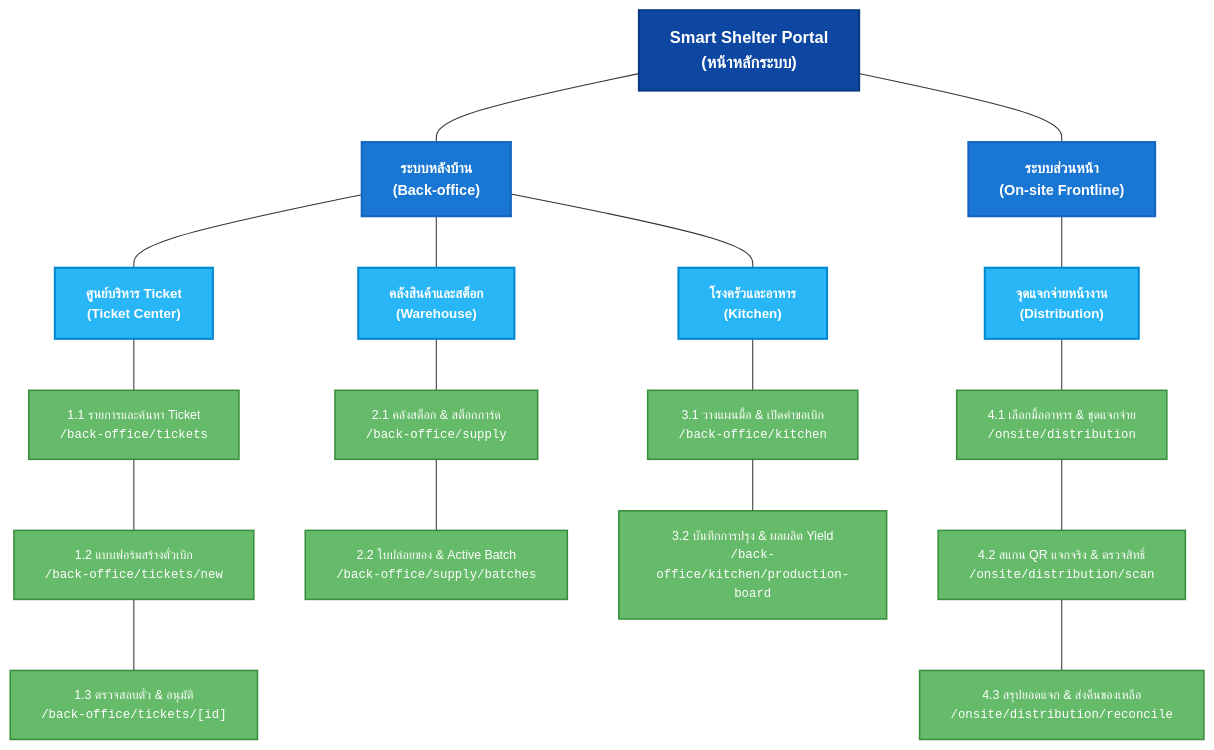
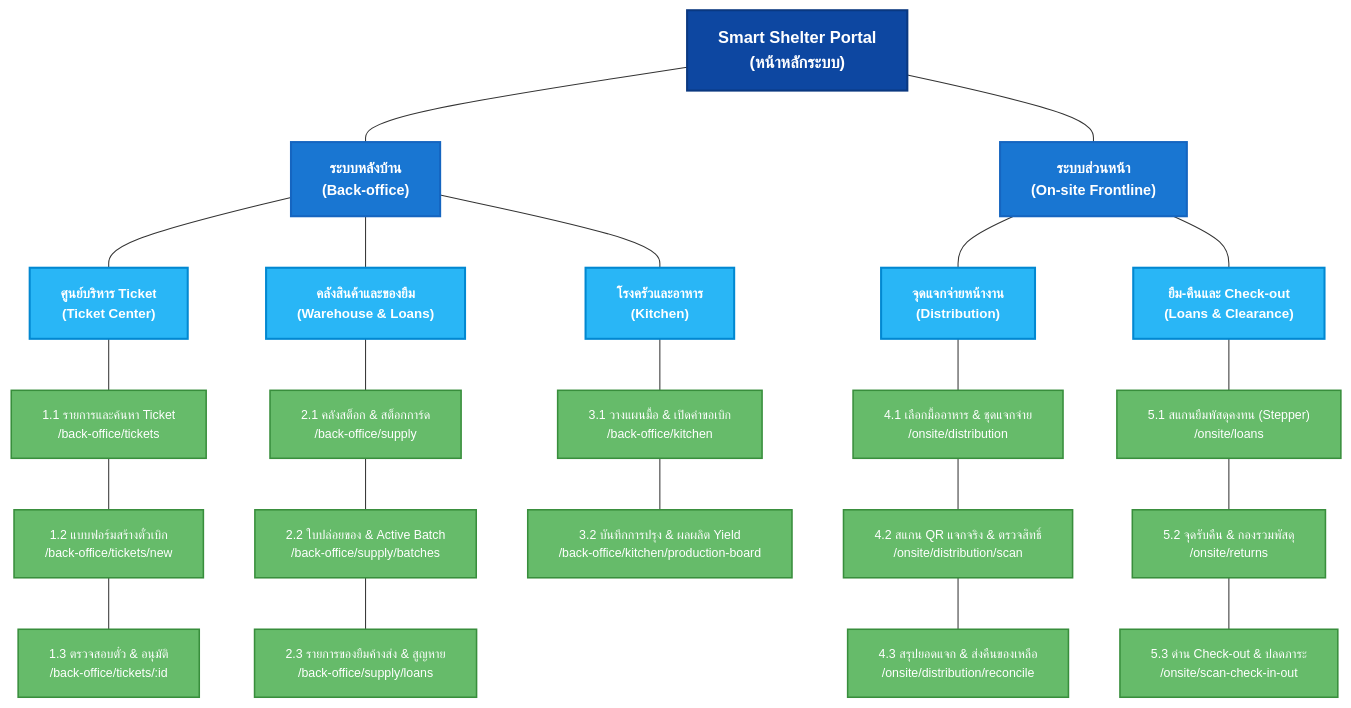
The sixth of 6 diagrams in SPEC_TICKET_AND_DISTRIBUTION.md (r202-coe-psu/tent), drawn with Mermaid before and after one commit. The commit also changed other lines of this file, not shown here.

Commit message:
feat: update ticket distribution documentation

````diff
--- a/SPEC_TICKET_AND_DISTRIBUTION.md
+++ b/SPEC_TICKET_AND_DISTRIBUTION.md
@@ -400,64 +614,77 @@
 ```mermaid
 flowchart TD
     %% สไตล์สีตามระดับชั้น (Root = กรมท่า, Major Module = น้ำเงิน, Sub-module = ฟ้าสดใส, Pages = เขียว)
     classDef rootStyle fill:#0d47a1,stroke:#0a3880,stroke-width:2px,color:#fff,font-weight:bold,font-size:16px;
     classDef majorStyle fill:#1976d2,stroke:#1565c0,stroke-width:2px,color:#fff,font-weight:bold,font-size:14px;
     classDef subModStyle fill:#29b6f6,stroke:#0288d1,stroke-width:2px,color:#fff,font-weight:bold,font-size:13px;
     classDef pageStyle fill:#66bb6a,stroke:#388e3c,stroke-width:1.5px,color:#fff,font-size:12px;
 
     %% Level 0: Root
     HOME["Smart Shelter Portal<br/>(หน้าหลักระบบ)"]:::rootStyle
 
     %% Level 1: โมดูลใหญ่ (Major Modules)
     BACK["ระบบหลังบ้าน<br/>(Back-office)"]:::majorStyle
     FRONT["ระบบส่วนหน้า<br/>(On-site Frontline)"]:::majorStyle
 
     HOME --- BACK
     HOME --- FRONT
 
     %% Level 2: โมดูลย่อยใต้ Back-office
     SUB_TICKET["ศูนย์บริหาร Ticket<br/>(Ticket Center)"]:::subModStyle
-    SUB_WH["คลังสินค้าและสต็อก<br/>(Warehouse)"]:::subModStyle
+    SUB_WH["คลังสินค้าและของยืม<br/>(Warehouse & Loans)"]:::subModStyle
     SUB_KITCHEN["โรงครัวและอาหาร<br/>(Kitchen)"]:::subModStyle
 
     BACK --- SUB_TICKET
     BACK --- SUB_WH
     BACK --- SUB_KITCHEN
 
     %% Level 2: โมดูลย่อยใต้ ระบบส่วนหน้า
     SUB_DIST["จุดแจกจ่ายหน้างาน<br/>(Distribution)"]:::subModStyle
+    SUB_LOAN["ยืม-คืนและ Check-out<br/>(Loans & Clearance)"]:::subModStyle
 
     FRONT --- SUB_DIST
+    FRONT --- SUB_LOAN
 
     %% Level 3: หน้าย่อยใต้ Ticket Center
-    P1_1["1.1 รายการและค้นหา Ticket<br/><code>/back-office/tickets</code>"]:::pageStyle
-    P1_2["1.2 แบบฟอร์มสร้างตั๋วเบิก<br/><code>/back-office/tickets/new</code>"]:::pageStyle
-    P1_3["1.3 ตรวจสอบตั๋ว & อนุมัติ<br/><code>/back-office/tickets/[id]</code>"]:::pageStyle
+    P1_1["1.1 รายการและค้นหา Ticket<br/>/back-office/tickets"]:::pageStyle
+    P1_2["1.2 แบบฟอร์มสร้างตั๋วเบิก<br/>/back-office/tickets/new"]:::pageStyle
+    P1_3["1.3 ตรวจสอบตั๋ว & อนุมัติ<br/>/back-office/tickets/:id"]:::pageStyle
 
     SUB_TICKET --- P1_1
     P1_1 --- P1_2
     P1_2 --- P1_3
 
     %% Level 3: หน้าย่อยใต้ Warehouse
-    P2_1["2.1 คลังสต็อก & สต็อกการ์ด<br/><code>/back-office/supply</code>"]:::pageStyle
-    P2_2["2.2 ใบปล่อยของ & Active Batch<br/><code>/back-office/supply/batches</code>"]:::pageStyle
+    P2_1["2.1 คลังสต็อก & สต็อกการ์ด<br/>/back-office/supply"]:::pageStyle
+    P2_2["2.2 ใบปล่อยของ & Active Batch<br/>/back-office/supply/batches"]:::pageStyle
+    P2_3["2.3 รายการของยืมค้างส่ง & สูญหาย<br/>/back-office/supply/loans"]:::pageStyle
 
     SUB_WH --- P2_1
     P2_1 --- P2_2
+    P2_2 --- P2_3
 
     %% Level 3: หน้าย่อยใต้ Kitchen
-    P3_1["3.1 วางแผนมื้อ & เปิดคำขอเบิก<br/><code>/back-office/kitchen</code>"]:::pageStyle
-    P3_2["3.2 บันทึกการปรุง & ผลผลิต Yield<br/><code>/back-office/kitchen/production-board</code>"]:::pageStyle
+    P3_1["3.1 วางแผนมื้อ & เปิดคำขอเบิก<br/>/back-office/kitchen"]:::pageStyle
+    P3_2["3.2 บันทึกการปรุง & ผลผลิต Yield<br/>/back-office/kitchen/production-board"]:::pageStyle
 
     SUB_KITCHEN --- P3_1
     P3_1 --- P3_2
 
     %% Level 3: หน้าย่อยใต้ Distribution
-    P4_1["4.1 เลือกมื้ออาหาร & ชุดแจกจ่าย<br/><code>/onsite/distribution</code>"]:::pageStyle
-    P4_2["4.2 สแกน QR แจกจริง & ตรวจสิทธิ์<br/><code>/onsite/distribution/scan</code>"]:::pageStyle
-    P4_3["4.3 สรุปยอดแจก & ส่งคืนของเหลือ<br/><code>/onsite/distribution/reconcile</code>"]:::pageStyle
+    P4_1["4.1 เลือกมื้ออาหาร & ชุดแจกจ่าย<br/>/onsite/distribution"]:::pageStyle
+    P4_2["4.2 สแกน QR แจกจริง & ตรวจสิทธิ์<br/>/onsite/distribution/scan"]:::pageStyle
+    P4_3["4.3 สรุปยอดแจก & ส่งคืนของเหลือ<br/>/onsite/distribution/reconcile"]:::pageStyle
 
     SUB_DIST --- P4_1
     P4_1 --- P4_2
     P4_2 --- P4_3
+
+    %% Level 3: หน้าย่อยใต้ Loans & Clearance
+    P5_1["5.1 สแกนยืมพัสดุคงทน (Stepper)<br/>/onsite/loans"]:::pageStyle
+    P5_2["5.2 จุดรับคืน & กองรวมพัสดุ<br/>/onsite/returns"]:::pageStyle
+    P5_3["5.3 ด่าน Check-out & ปลดภาระ<br/>/onsite/scan-check-in-out"]:::pageStyle
+
+    SUB_LOAN --- P5_1
+    P5_1 --- P5_2
+    P5_2 --- P5_3
 ```
````
